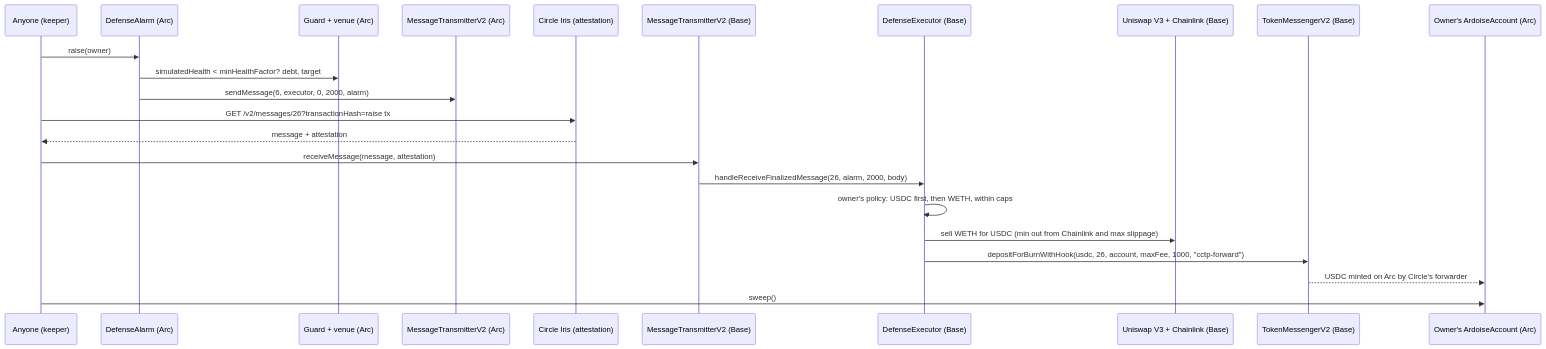
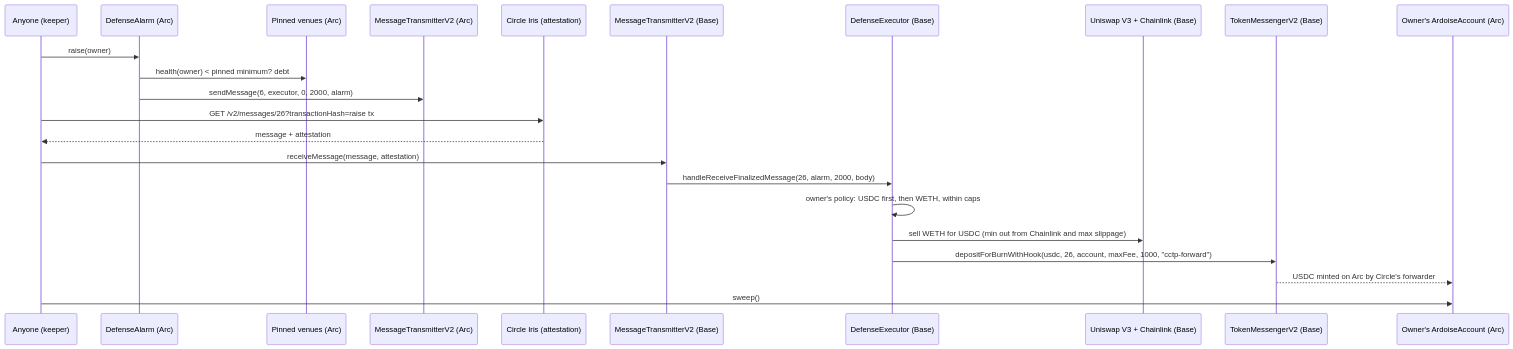
The second of 2 diagrams in docs/api.md (enzoblain/Ardoise), drawn with Mermaid before and after one commit. The commit also changed other lines of this file and 12 other files, not shown here.

First line of the commit message:
fix(contracts): pin venues, thresholds and health source in the alarm (#62)

````diff
--- a/docs/api.md
+++ b/docs/api.md
@@ -119,25 +121,25 @@
 ```mermaid
 sequenceDiagram
     participant K as Anyone (keeper)
     participant AL as DefenseAlarm (Arc)
-    participant G as Guard + venue (Arc)
+    participant G as Pinned venues (Arc)
     participant MA as MessageTransmitterV2 (Arc)
     participant I as Circle Iris (attestation)
     participant MB as MessageTransmitterV2 (Base)
     participant EX as DefenseExecutor (Base)
     participant U as Uniswap V3 + Chainlink (Base)
     participant TM as TokenMessengerV2 (Base)
     participant A as Owner's ArdoiseAccount (Arc)
     K->>AL: raise(owner)
-    AL->>G: simulatedHealth < minHealthFactor? debt, target
+    AL->>G: health(owner) < pinned minimum? debt
     AL->>MA: sendMessage(6, executor, 0, 2000, alarm)
     K->>I: GET /v2/messages/26?transactionHash=raise tx
     I-->>K: message + attestation
     K->>MB: receiveMessage(message, attestation)
     MB->>EX: handleReceiveFinalizedMessage(26, alarm, 2000, body)
     EX->>EX: owner's policy: USDC first, then WETH, within caps
     EX->>U: sell WETH for USDC (min out from Chainlink and max slippage)
     EX->>TM: depositForBurnWithHook(usdc, 26, account, maxFee, 1000, "cctp-forward")
     TM-->>A: USDC minted on Arc by Circle's forwarder
     K->>A: sweep()
 ```
````
